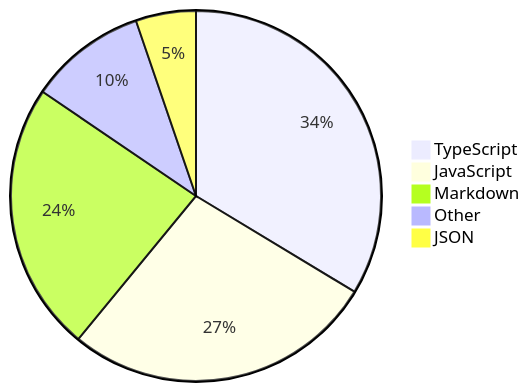
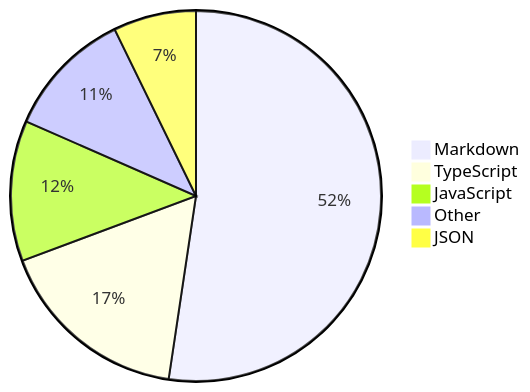
The diagram in README.md (Alicia111/alicia111), drawn with Mermaid before and after one commit.

Commit message:
Update WakaTime stats (・ω・)b

````diff
--- a/README.md
+++ b/README.md
@@ -32,8 +32,8 @@
 ```mermaid
 pie
-    "TypeScript" : 30.49
-    "JavaScript" : 24.74
-    "Markdown" : 21.34
-    "Other" : 9.28
-    "JSON" : 4.76
+    "Markdown" : 52.14
+    "TypeScript" : 16.89
+    "JavaScript" : 12.21
+    "Other" : 11.14
+    "JSON" : 7.2
 ```
````
